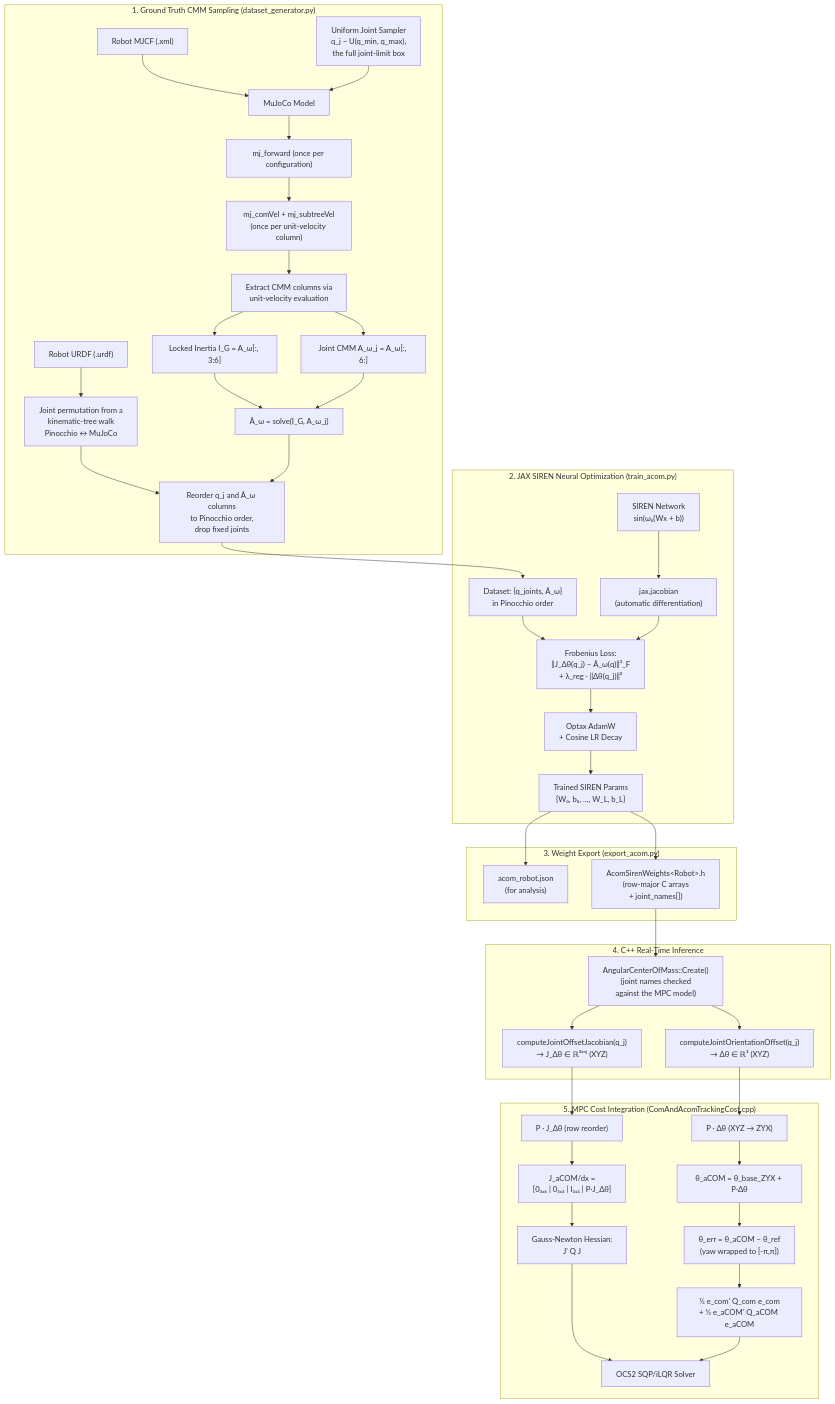
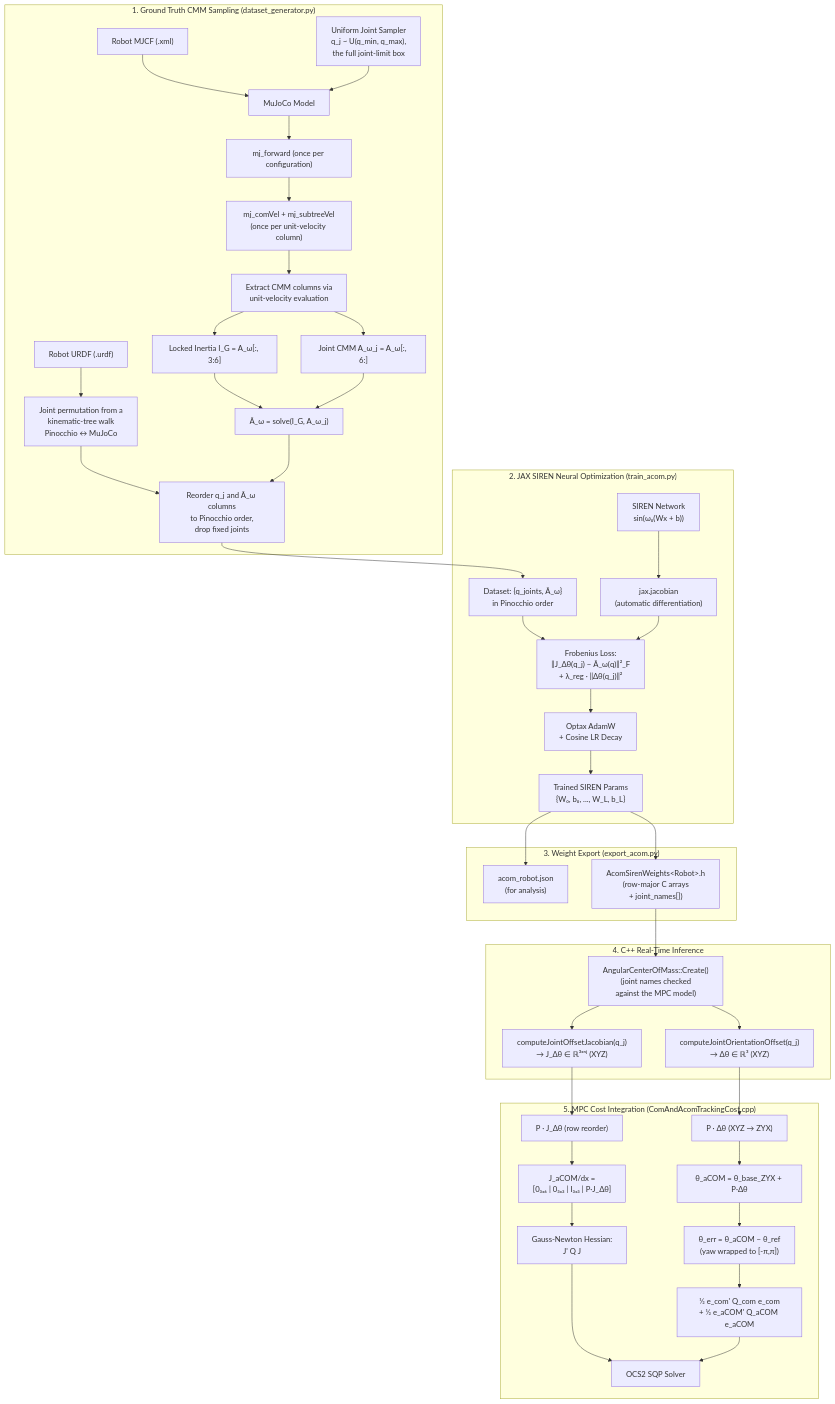
One commit to nicholaspalomo/wb_humanoid_mpc changed the first of 3 diagrams in humanoid_learning/acom/README.md. Above: the diagram before and after it, drawn with Mermaid. The commit also changed other lines of this file and 55 other files, not shown here.

````diff
--- a/humanoid_learning/acom/README.md
+++ b/humanoid_learning/acom/README.md
@@ -85,49 +85,49 @@
 ```mermaid
 flowchart TD
     subgraph DataGeneration ["1. Ground Truth CMM Sampling (dataset_generator.py)"]
         XML["Robot MJCF (.xml)"] --> MjModel["MuJoCo Model"]
         URDF["Robot URDF (.urdf)"] --> Perm["Joint permutation from a<br/>kinematic-tree walk<br/>Pinocchio ↔ MuJoCo"]
         Sampler["Uniform Joint Sampler<br/>q_j ~ U(q_min, q_max),<br/>the full joint-limit box"] --> MjModel
         MjModel --> MjFwd["mj_forward (once per configuration)"]
         MjFwd --> MjVel["mj_comVel + mj_subtreeVel<br/>(once per unit-velocity column)"]
         MjVel --> CMM["Extract CMM columns via<br/>unit-velocity evaluation"]
         CMM --> IG["Locked Inertia I_G = A_ω[:, 3:6]"]
         CMM --> Aomega["Joint CMM A_ω_j = A_ω[:, 6:]"]
         IG --> ABar["Ā_ω = solve(I_G, A_ω_j)"]
         Aomega --> ABar
         Perm --> Reorder["Reorder q_j and Ā_ω columns<br/>to Pinocchio order,<br/>drop fixed joints"]
         ABar --> Reorder
     end
 
     subgraph JAXTraining ["2. JAX SIREN Neural Optimization (train_acom.py)"]
         Reorder --> Dataset["Dataset: {q_joints, Ā_ω}<br/>in Pinocchio order"]
         Dataset --> Loss["Frobenius Loss:<br/>‖J_Δθ(q_j) − Ā_ω(q)‖²_F<br/>+ λ_reg · ‖Δθ(q_j)‖²"]
         SIREN["SIREN Network<br/>sin(ω₀(Wx + b))"] --> JacAD["jax.jacobian<br/>(automatic differentiation)"]
         JacAD --> Loss
         Loss --> Optax["Optax AdamW<br/>+ Cosine LR Decay"]
         Optax --> Params["Trained SIREN Params<br/>{W₀, b₀, ..., W_L, b_L}"]
     end
 
     subgraph Export ["3. Weight Export (export_acom.py)"]
         Params --> JSON["acom_robot.json<br/>(for analysis)"]
         Params --> Header["AcomSirenWeights&lt;Robot&gt;.h<br/>(row-major C arrays<br/>+ joint_names[])"]
     end
 
     subgraph CppInference ["4. C++ Real-Time Inference"]
         Header --> StaticLoad["AngularCenterOfMass::Create()<br/>(joint names checked<br/>against the MPC model)"]
         StaticLoad --> Forward["computeJointOrientationOffset(q_j)<br/>→ Δθ ∈ ℝ³ (XYZ)"]
         StaticLoad --> ChainRule["computeJointOffsetJacobian(q_j)<br/>→ J_Δθ ∈ ℝ³ˣⁿʲ (XYZ)"]
     end
 
     subgraph MPCIntegration ["5. MPC Cost Integration (ComAndAcomTrackingCost.cpp)"]
         Forward --> XYZtoZYX["P · Δθ (XYZ → ZYX)"]
         ChainRule --> JacReorder["P · J_Δθ (row reorder)"]
         XYZtoZYX --> ThetaACOM["θ_aCOM = θ_base_ZYX + P·Δθ"]
         ThetaACOM --> ThetaErr["θ_err = θ_aCOM − θ_ref<br/>(yaw wrapped to [-π,π])"]
         JacReorder --> JacFull["J_aCOM/dx =<br/>[0₃ₓ₆ | 0₃ₓ₃ | I₃ₓ₃ | P·J_Δθ]"]
         ThetaErr --> Cost["½ e_com' Q_com e_com<br/>+ ½ e_aCOM' Q_aCOM e_aCOM"]
         JacFull --> GaussNewton["Gauss-Newton Hessian:<br/>J' Q J"]
-        GaussNewton --> SQP["OCS2 SQP/iLQR Solver"]
+        GaussNewton --> SQP["OCS2 SQP Solver"]
         Cost --> SQP
     end
 ```
````
